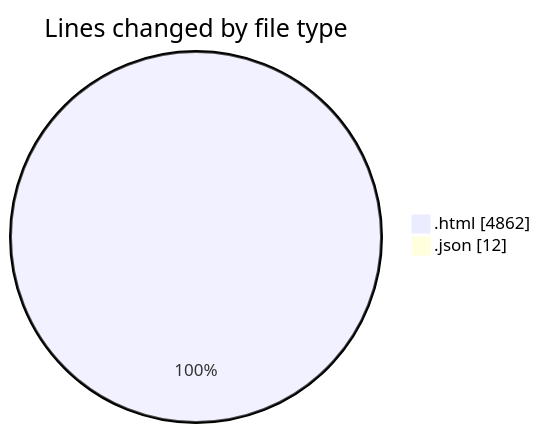
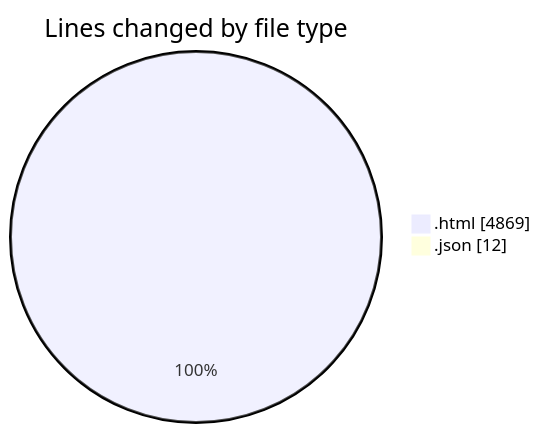
The first of 2 diagrams in 2026-05-21/pdf_invoice/README.md (momahboobian/code-tracking), drawn with Mermaid before and after one commit. The commit also changed other lines of this file and 1 other file, not shown here.

````diff
--- a/2026-05-21/pdf_invoice/README.md
+++ b/2026-05-21/pdf_invoice/README.md
@@ -26,6 +26,6 @@
 ```mermaid
 pie showData
 title Lines changed by file type
-".html" : 4862
+".html" : 4869
 ".json" : 12
 ```
````
